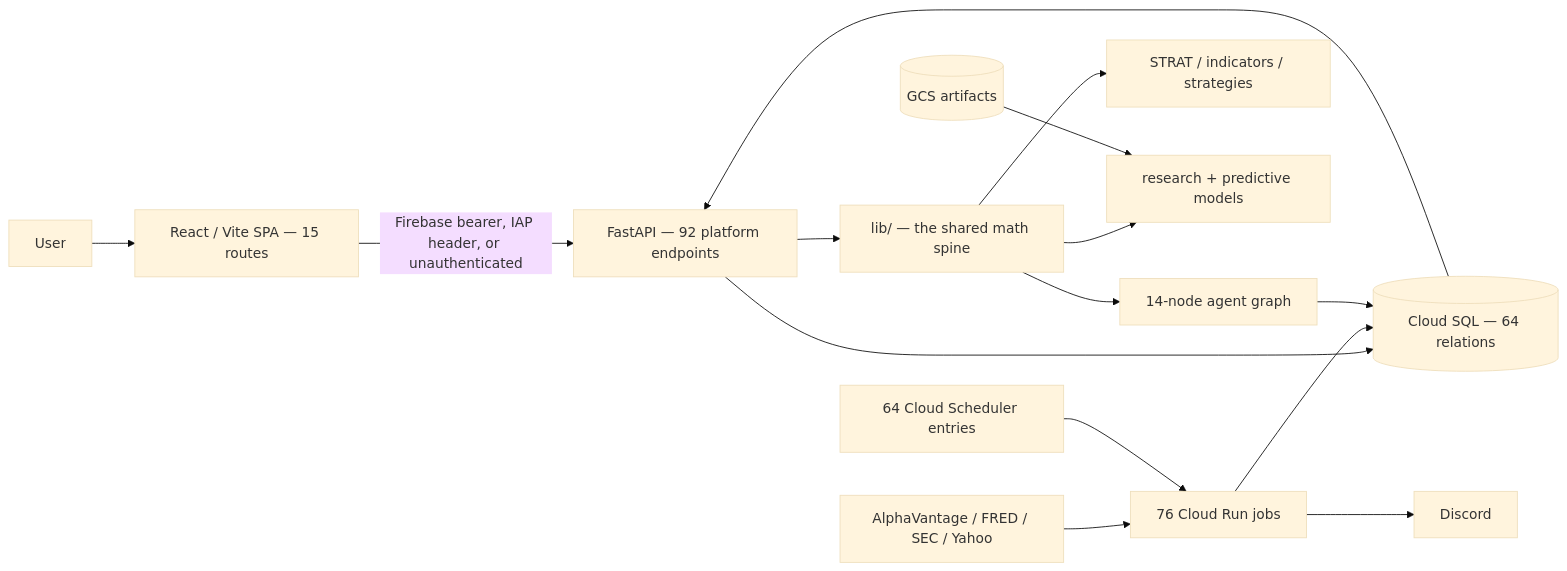
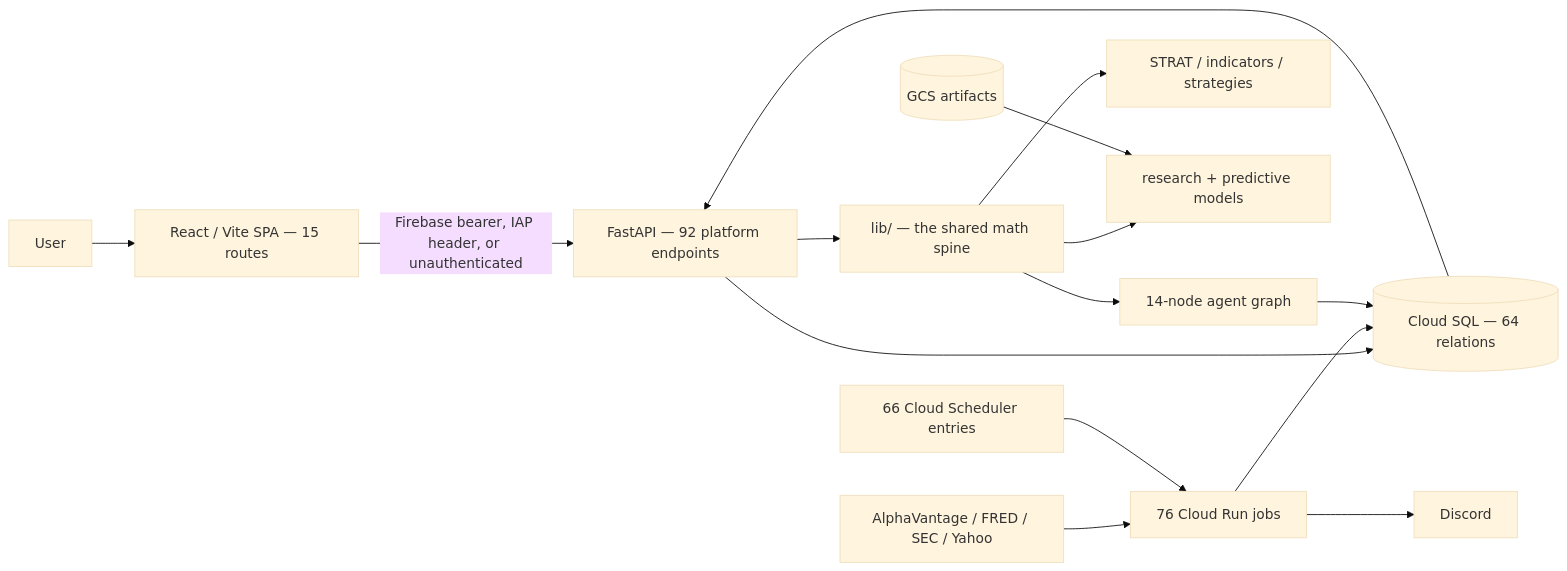
One commit to TeneikaAskew/stocks changed the first of 2 diagrams in docs/product/00-PRODUCT-OVERVIEW.md. Above: the diagram before and after it, drawn with Mermaid (base theme). The commit also changed other lines of this file and 12 other files, not shown here.

````diff
--- a/docs/product/00-PRODUCT-OVERVIEW.md
+++ b/docs/product/00-PRODUCT-OVERVIEW.md
@@ -39,17 +39,17 @@
 ```mermaid
 flowchart LR
  U[User] --> WEB[React / Vite SPA — 15 routes]
  WEB -->|Firebase bearer, IAP header, or unauthenticated| API[FastAPI — 92 platform endpoints]
  API --> LIB[lib/ — the shared math spine]
  API --> DB[(Cloud SQL — 64 relations)]
  SRC[AlphaVantage / FRED / SEC / Yahoo] --> JOBS[76 Cloud Run jobs]
- SCH[64 Cloud Scheduler entries] --> JOBS
+ SCH[66 Cloud Scheduler entries] --> JOBS
  JOBS --> DB
  LIB --> RULES[STRAT / indicators / strategies]
  LIB --> ML[research + predictive models]
  LIB --> LLM[14-node agent graph]
  LLM --> DB
  JOBS --> DISCORD[Discord]
  DB --> API
  GCS[(GCS artifacts)] --> ML
 ```
````
